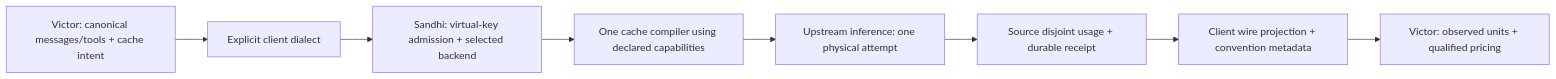
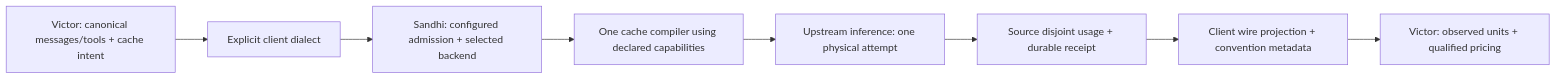
One commit to anvai-labs/victor changed the diagram in docs/architecture/sandhi-subscription-gateway.md. Above: the diagram before and after it, drawn with Mermaid. The commit also changed other lines of this file and 11 other files, not shown here.

````diff
--- a/docs/architecture/sandhi-subscription-gateway.md
+++ b/docs/architecture/sandhi-subscription-gateway.md
@@ -91,10 +125,10 @@
 ```mermaid
 flowchart LR
   V[Victor: canonical messages/tools + cache intent] --> C[Explicit client dialect]
-  C --> G[Sandhi: virtual-key admission + selected backend]
+  C --> G[Sandhi: configured admission + selected backend]
   G --> P[One cache compiler using declared capabilities]
   P --> U[Upstream inference: one physical attempt]
   U --> L[Source disjoint usage + durable receipt]
   L --> W[Client wire projection + convention metadata]
   W --> T[Victor: observed units + qualified pricing]
 ```
````
